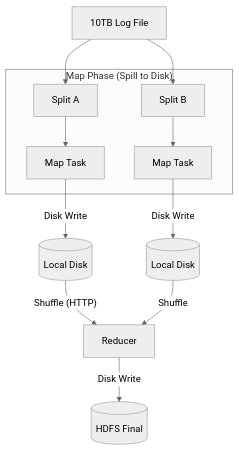
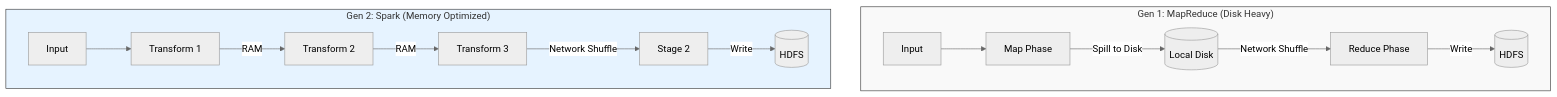
The diagram in Batch Processing/01_Evolution_of_Batch_Processing.md (Anmol33/SystemDesign), drawn with Mermaid (neutral theme) before and after one commit. The commit also changed other lines of this file and 2 other files, not shown here.

````diff
--- a/Batch Processing/01_Evolution_of_Batch_Processing.md
+++ b/Batch Processing/01_Evolution_of_Batch_Processing.md
@@ -16,18 +27,20 @@
 ```mermaid
 graph TD
-    Input[10TB Log File] --> Split1["Split A"]
-    Input --> Split2["Split B"]
+    subgraph MapReduce_Architecture ["Gen 1: MapReduce (Disk Heavy)"]
+        MR_Input[Input] --> MR_Map[Map Phase]
+        MR_Map -->|Spill to Disk| MR_Disk[(Local Disk)]
+        MR_Disk -->|Network Shuffle| MR_Reduce[Reduce Phase]
+        MR_Reduce -->|Write| MR_HDFS[(HDFS)]
+    end
 
-    subgraph "Map Phase (Spill to Disk)"
-        Split1 --> Map1["Map Task"]
-        Split2 --> Map2["Map Task"]
+    subgraph Spark_Architecture ["Gen 2: Spark (Memory Optimized)"]
+        Sp_Input[Input] --> Sp_Op1[Transform 1]
+        Sp_Op1 -->|RAM| Sp_Op2[Transform 2]
+        Sp_Op2 -->|RAM| Sp_Op3[Transform 3]
+        Sp_Op3 -->|Network Shuffle| Sp_Stage2[Stage 2]
+        Sp_Stage2 -->|Write| Sp_HDFS[(HDFS)]
     end
-    
-    Map1 -->|Disk Write| HDD1[(Local Disk)]
-    Map2 -->|Disk Write| HDD2[(Local Disk)]
-    
-    HDD1 -->|"Shuffle (HTTP)"| Reducer["Reducer"]
-    HDD2 -->|Shuffle| Reducer
-    
-    Reducer -->|Disk Write| HDFS[(HDFS Final)]
+
+    style MapReduce_Architecture fill:#f9f9f9,stroke:#333
+    style Spark_Architecture fill:#e6f3ff,stroke:#333
 ```
````
